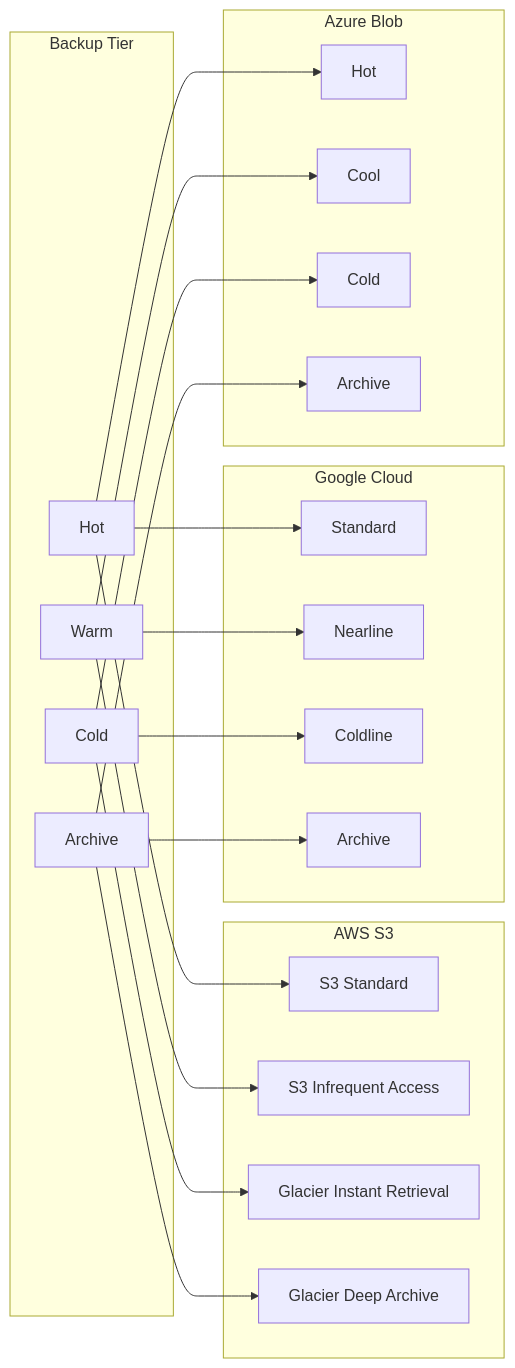
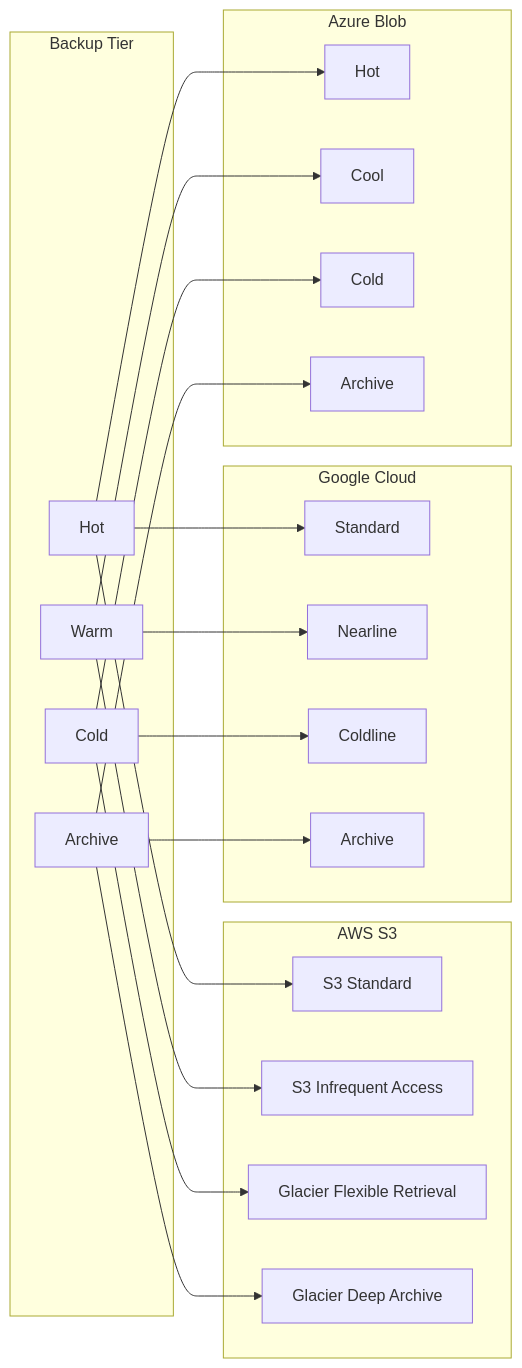
One commit to OneUptime/blog changed the second of 5 diagrams in posts/2026-01-30-backup-tiering/README.md. Above: the diagram before and after it, drawn with Mermaid. The commit also changed other lines of this file and 2 other files, not shown here.

````diff
--- a/posts/2026-01-30-backup-tiering/README.md
+++ b/posts/2026-01-30-backup-tiering/README.md
@@ -100,35 +100,35 @@
 ```mermaid
 flowchart LR
     subgraph Tier["Backup Tier"]
         Hot[Hot]
         Warm[Warm]
         Cold[Cold]
         Archive[Archive]
     end
 
     subgraph AWS["AWS S3"]
         S1[S3 Standard]
         S2[S3 Infrequent Access]
-        S3[Glacier Instant Retrieval]
+        S3[Glacier Flexible Retrieval]
         S4[Glacier Deep Archive]
     end
 
     subgraph GCP["Google Cloud"]
         G1[Standard]
         G2[Nearline]
         G3[Coldline]
         G4[Archive]
     end
 
     subgraph Azure["Azure Blob"]
         A1[Hot]
         A2[Cool]
         A3[Cold]
         A4[Archive]
     end
 
     Hot --> S1 & G1 & A1
     Warm --> S2 & G2 & A2
     Cold --> S3 & G3 & A3
     Archive --> S4 & G4 & A4
 ```
````
